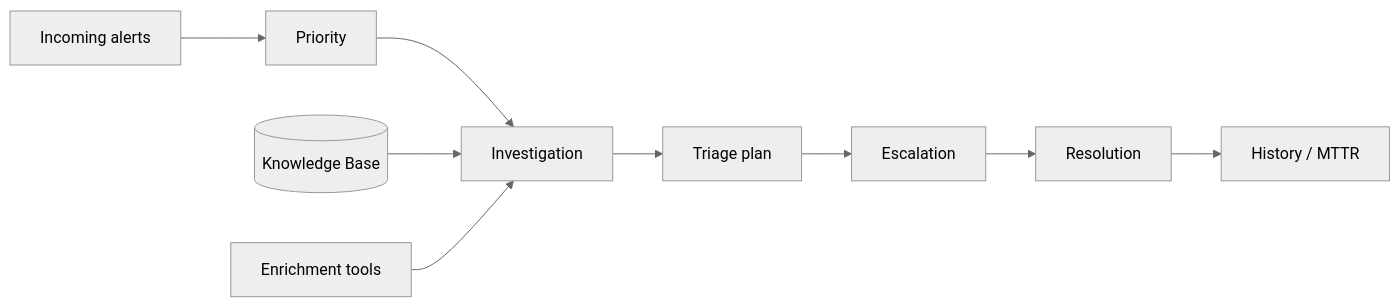
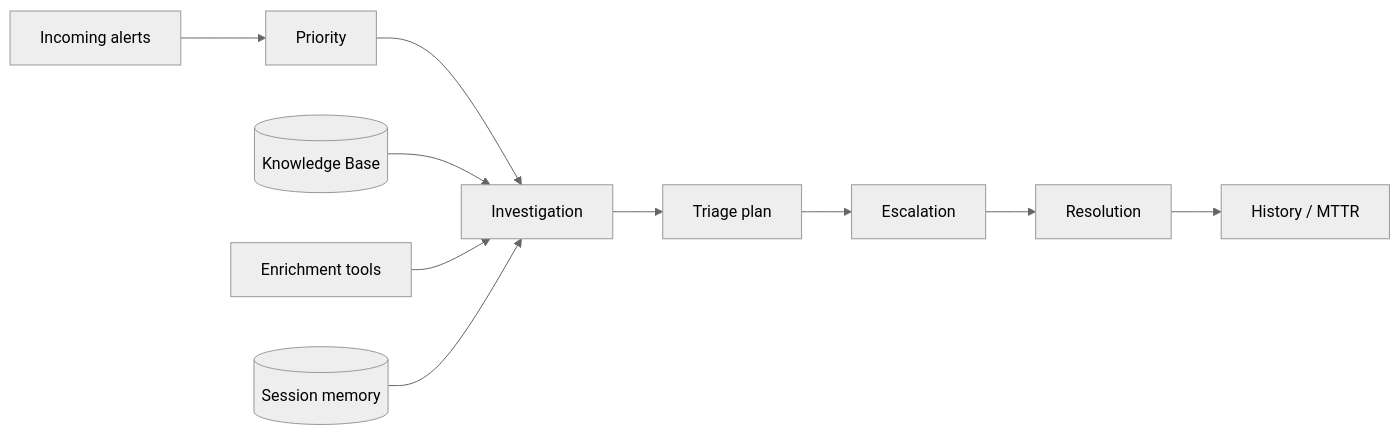
Before and after one commit to reem-mor/ai-engineering-portfolio: the first of 6 diagrams in projects/piter-aiops/README.md, drawn with Mermaid (neutral theme). The commit also changed other lines of this file, not shown here.

````diff
--- a/projects/piter-aiops/README.md
+++ b/projects/piter-aiops/README.md
@@ -117,11 +83,13 @@
 ```mermaid
 flowchart LR
   A[Incoming alerts] --> P[Priority]
   P --> I[Investigation]
   I --> T[Triage plan]
   T --> E[Escalation]
   E --> R[Resolution]
   R --> H[History / MTTR]
+
   KB[(Knowledge Base)] --> I
   TOOLS[Enrichment tools] --> I
+  MEM[(Session memory)] --> I
 ```
````
